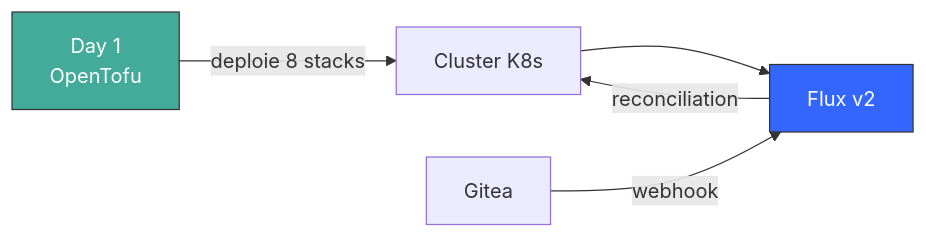
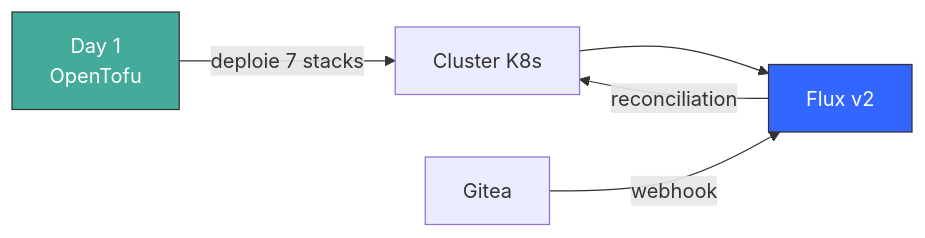
One commit to Destynova2/st4ck changed the first of 8 diagrams in docs/explanation/architecture.md. Above: the diagram before and after it, drawn with Mermaid. The commit also changed other lines of this file and 17 other files, not shown here.

````diff
--- a/docs/explanation/architecture.md
+++ b/docs/explanation/architecture.md
@@ -11,10 +11,10 @@
 ```mermaid
 graph LR
-    D1[Day 1<br/>OpenTofu] -->|deploie 8 stacks| K8S[Cluster K8s]
+    D1[Day 1<br/>OpenTofu] -->|deploie 7 stacks| K8S[Cluster K8s]
     K8S --> FLUX[Flux v2]
     FLUX -->|reconciliation| K8S
     GIT[Gitea] -->|webhook| FLUX
 
     style D1 fill:#4a9,stroke:#333,color:#fff
     style FLUX fill:#36f,stroke:#333,color:#fff
 ```
````
